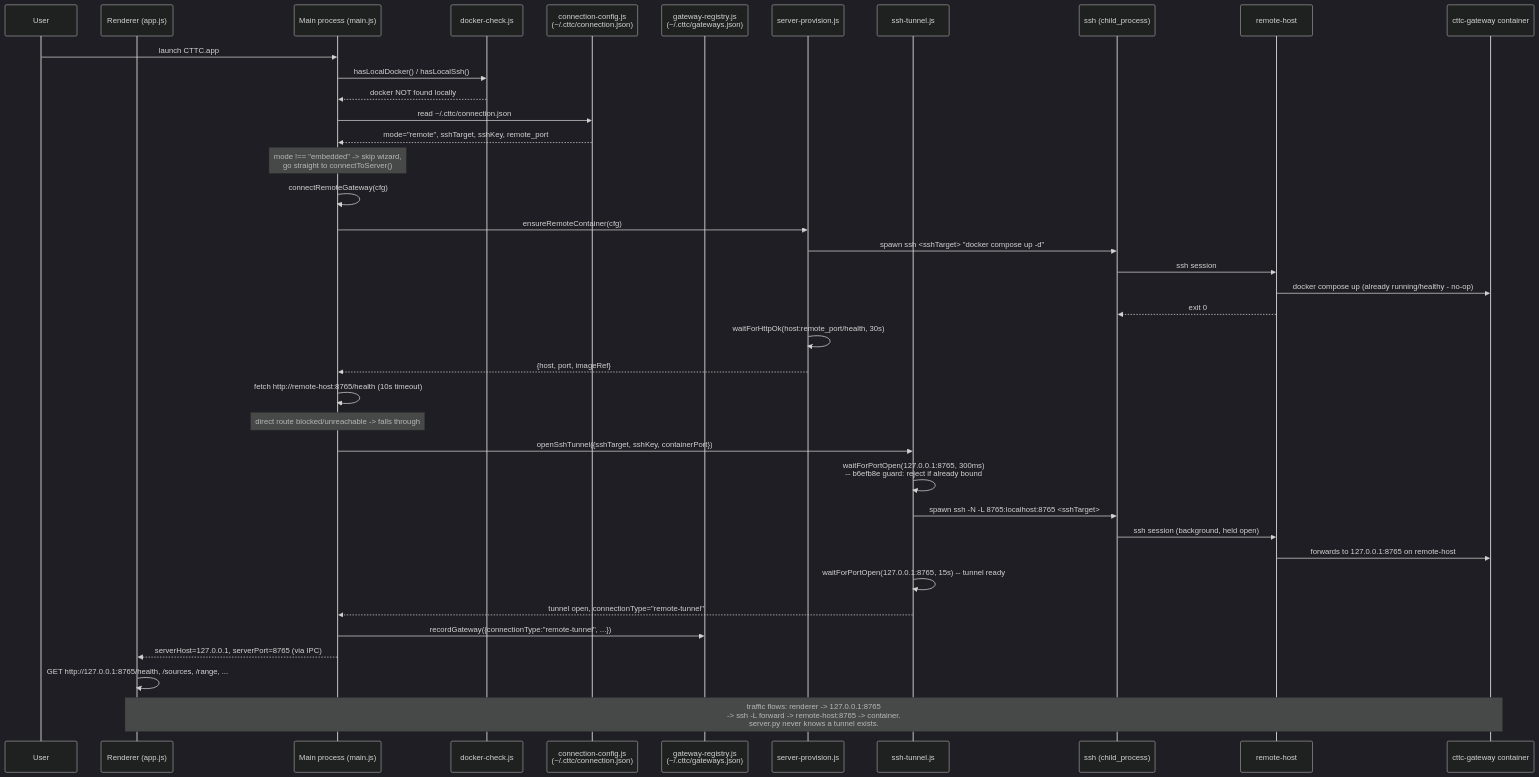
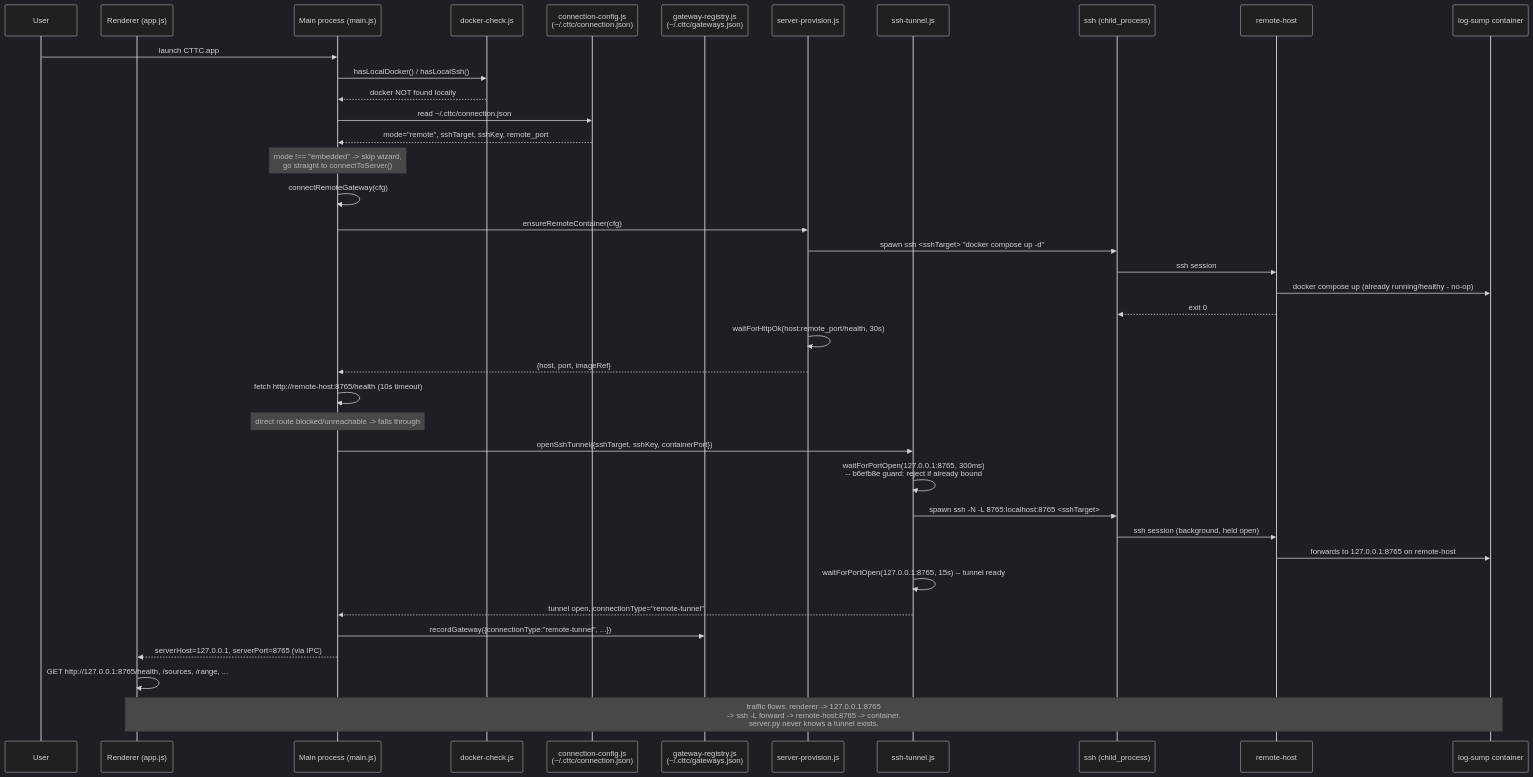
One commit to oliben67/cut-to-the-chase changed the second of 3 diagrams in docs/architecture/remote-connectivity-call-trace.md. Above: the diagram before and after it, drawn with Mermaid (dark theme). The commit also changed 3 other files, not shown here.

First line of the commit message:
fix(renderer): finish renaming remaining cttc-gateway references to log-sump

````diff
--- a/docs/architecture/remote-connectivity-call-trace.md
+++ b/docs/architecture/remote-connectivity-call-trace.md
@@ -97,42 +97,42 @@
 ```mermaid
 sequenceDiagram
     participant U as User
     participant R as Renderer (app.js)
     participant M as Main process (main.js)
     participant DC as docker-check.js
     participant CFG as connection-config.js<br/>(~/.cttc/connection.json)
     participant REG as gateway-registry.js<br/>(~/.cttc/gateways.json)
     participant SP as server-provision.js
     participant TUN as ssh-tunnel.js
     participant SSH as ssh (child_process)
     participant RH as remote-host
-    participant GW as cttc-gateway container
+    participant GW as log-sump container
 
     U->>M: launch CTTC.app
     M->>DC: hasLocalDocker() / hasLocalSsh()
     DC-->>M: docker NOT found locally
     M->>CFG: read ~/.cttc/connection.json
     CFG-->>M: mode="remote", sshTarget, sshKey, remote_port
     Note over M: mode !== "embedded" -> skip wizard,<br/>go straight to connectToServer()
     M->>M: connectRemoteGateway(cfg)
     M->>SP: ensureRemoteContainer(cfg)
     SP->>SSH: spawn ssh <sshTarget> "docker compose up -d"
     SSH->>RH: ssh session
     RH->>GW: docker compose up (already running/healthy - no-op)
     RH-->>SSH: exit 0
     SP->>SP: waitForHttpOk(host:remote_port/health, 30s)
     SP-->>M: {host, port, imageRef}
     M->>M: fetch http://remote-host:8765/health (10s timeout)
     Note over M: direct route blocked/unreachable -> falls through
     M->>TUN: openSshTunnel({sshTarget, sshKey, containerPort})
     TUN->>TUN: waitForPortOpen(127.0.0.1:8765, 300ms)<br/>-- b6efb8e guard: reject if already bound
     TUN->>SSH: spawn ssh -N -L 8765:localhost:8765 <sshTarget>
     SSH->>RH: ssh session (background, held open)
     RH->>GW: forwards to 127.0.0.1:8765 on remote-host
     TUN->>TUN: waitForPortOpen(127.0.0.1:8765, 15s) -- tunnel ready
     TUN-->>M: tunnel open, connectionType="remote-tunnel"
     M->>REG: recordGateway({connectionType:"remote-tunnel", ...})
     M-->>R: serverHost=127.0.0.1, serverPort=8765 (via IPC)
     R->>R: GET http://127.0.0.1:8765/health, /sources, /range, ...
     Note over R,GW: traffic flows: renderer -> 127.0.0.1:8765<br/>-> ssh -L forward -> remote-host:8765 -> container.<br/>server.py never knows a tunnel exists.
 ```
````
